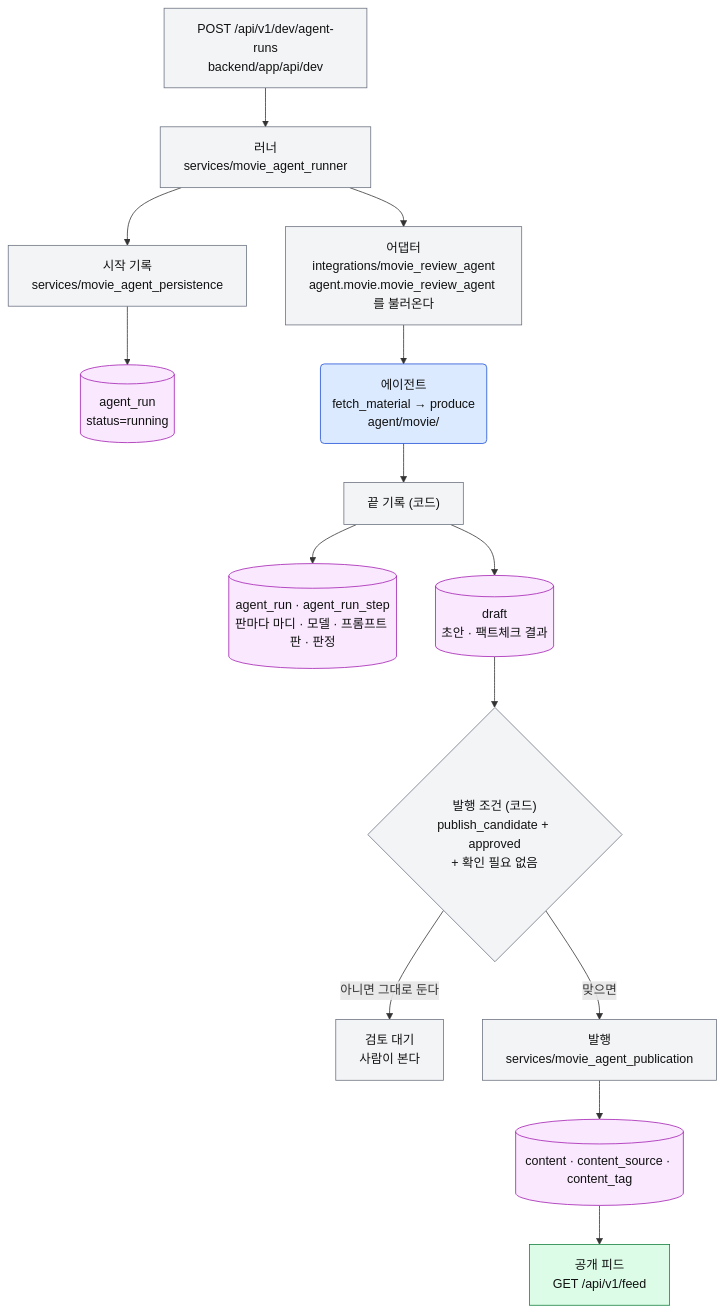
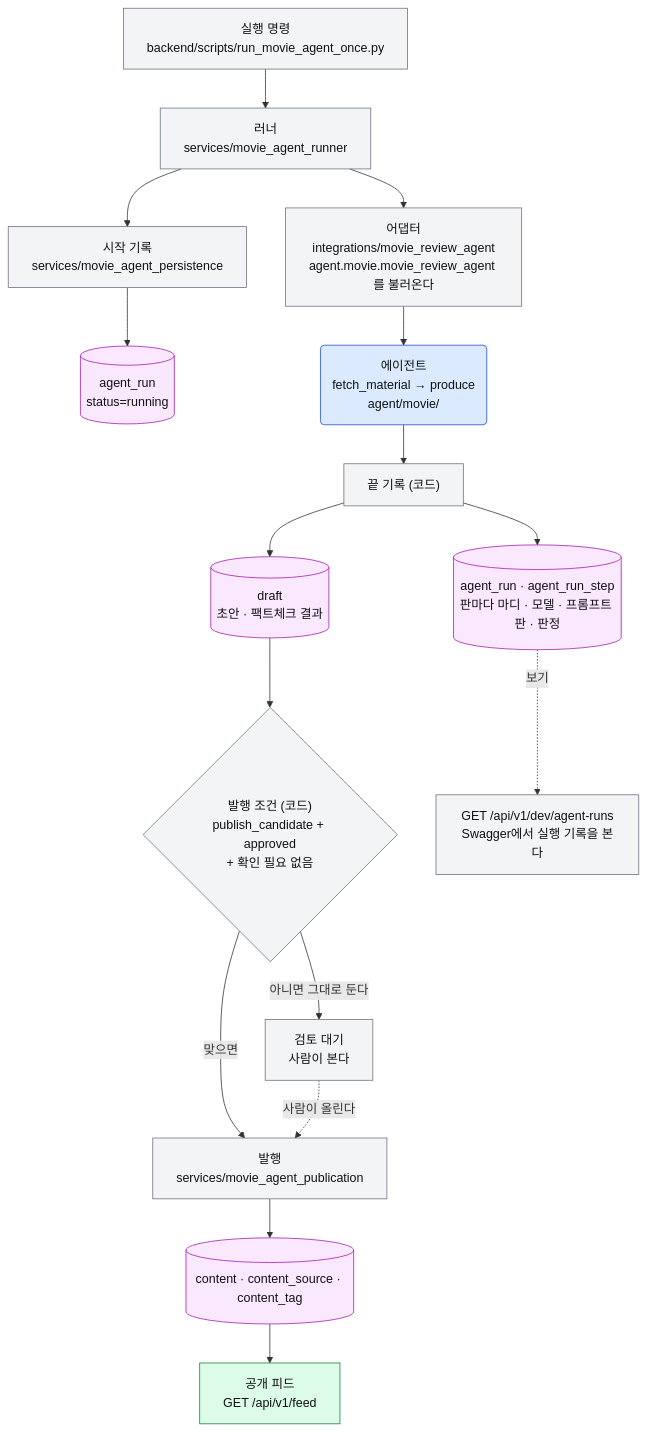
The sixth of 6 diagrams in agent/README.md (Por0ri/me-and-nu), drawn with Mermaid before and after one commit. The commit also changed other lines of this file and 2 other files, not shown here.

Commit message:
fix(backend): agent_version 예비값을 V2.0 으로, 도면의 실행 창구를 바로잡는다
- movie_agent_runner · movie_agent_persistence 의 agent_version 기본값이 V1.8 이었다.
  지금 리뷰 에이전트는 V2.0 이다. 실제 실행 경로(scripts/run_movie_agent_once.py)는
  adapter.version 을 넘기므로 이 값은 버전을 안 넘겼을 때만 쓰는 예비값이다. 주석으로 적었다.
- agent/README.md 도면 여섯째 장에서 실행 창구를 잘못 그렸다. Swagger 에는 실행 endpoint 가
  없다. 돌리는 것은 scripts/run_movie_agent_once.py 이고, dev API 에는 조회(GET)와
  발행 재시도(POST .../publish)만 있다. 조회 · 재발행 갈래를 점선으로 넣었다.

도면 여섯 장 mermaid 11 파서 통과.
백엔드 테스트는 못 돌렸다. backend/.venv 가 없고 시스템 파이썬에 psycopg · asyncpg 가 없다.
바꾼 것은 기본값 문자열 두 개라 py_compile 로만 확인했다.

````diff
--- a/agent/README.md
+++ b/agent/README.md
@@ -349,22 +349,24 @@
 ```mermaid
 flowchart TD
     classDef agent fill:#dbeafe,stroke:#1d4ed8,color:#111
     classDef code  fill:#f3f4f6,stroke:#6b7280,color:#111
     classDef db    fill:#fae8ff,stroke:#a21caf,color:#111
     classDef ok    fill:#dcfce7,stroke:#15803d,color:#111
 
-    API["POST /api/v1/dev/agent-runs<br/>backend/app/api/dev"]:::code
+    API["실행 명령<br/>backend/scripts/run_movie_agent_once.py"]:::code
     API --> RUN["러너<br/>services/movie_agent_runner"]:::code
     RUN --> ST["시작 기록<br/>services/movie_agent_persistence"]:::code
     ST --> T1[("agent_run<br/>status=running")]:::db
     RUN --> AD["어댑터<br/>integrations/movie_review_agent<br/>agent.movie.movie_review_agent 를 불러온다"]:::code
     AD --> AG("에이전트<br/>fetch_material → produce<br/>agent/movie/"):::agent
     AG --> FIN["끝 기록 (코드)"]:::code
     FIN --> T2[("agent_run · agent_run_step<br/>판마다 마디 · 모델 · 프롬프트 판 · 판정")]:::db
     FIN --> T3[("draft<br/>초안 · 팩트체크 결과")]:::db
     T3 --> Q{"발행 조건 (코드)<br/>publish_candidate + approved<br/>+ 확인 필요 없음"}:::code
     Q -->|아니면 그대로 둔다| HOLD["검토 대기<br/>사람이 본다"]:::code
     Q -->|맞으면| PUB["발행<br/>services/movie_agent_publication"]:::code
     PUB --> T4[("content · content_source · content_tag")]:::db
     T4 --> FEED["공개 피드<br/>GET /api/v1/feed"]:::ok
+    T2 -.->|보기| VIEW["GET /api/v1/dev/agent-runs<br/>Swagger에서 실행 기록을 본다"]:::code
+    HOLD -.->|사람이 올린다| PUB
 ```
````
